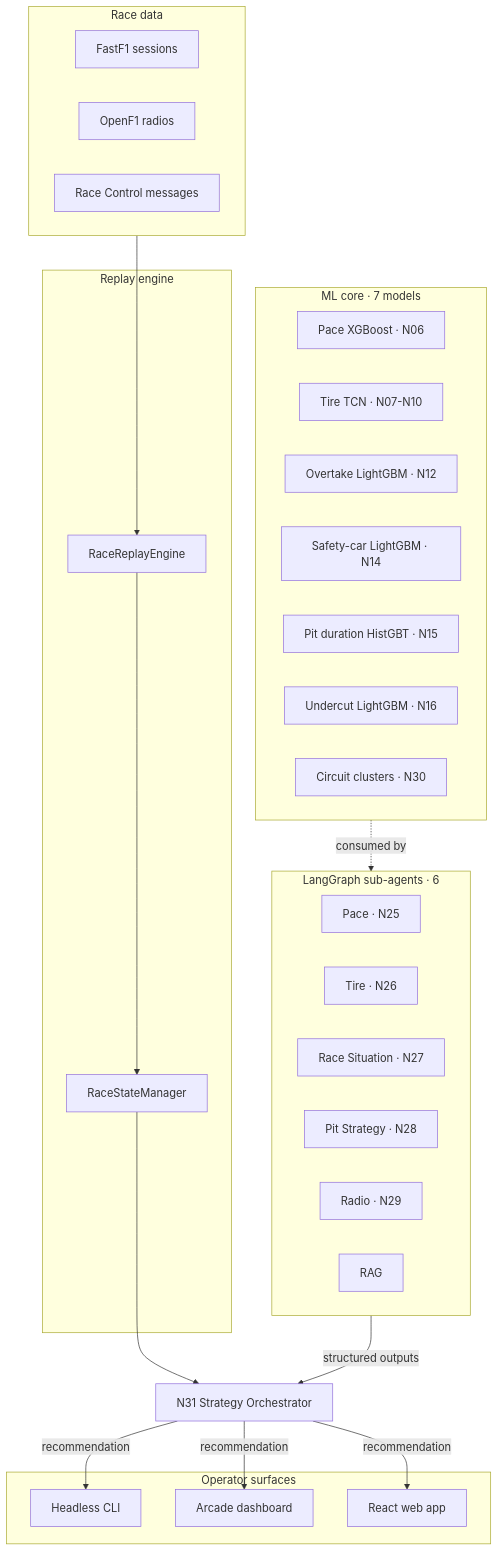
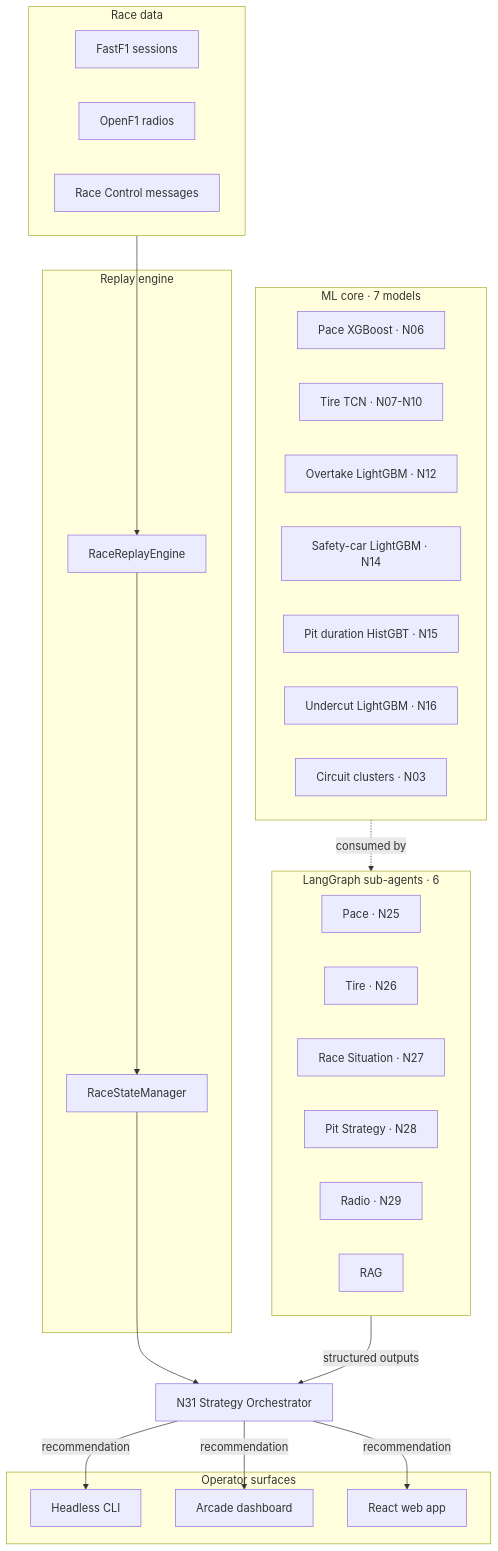
One commit to VforVitorio/F1_Strat_Manager changed the diagram in docs/pages/home.md. Above: the diagram before and after it, drawn with Mermaid. The commit also changed 1 other file, not shown here.

Commit message:
fix(docs): correct two published diagram errors
The home page attributed circuit clustering to N30. N30 is the RAG agent; the clustering is N03 (notebooks/data_engineering/N03_circuit_clustering.ipynb). Wrong on the landing page of the docs site.

The routing diagram omitted an edge its own prose already described: a Safety Car confirmed by race control forces both N28 and N30 regardless of every probability threshold the diagram shows. A reader working from the picture would conclude the pit agent stays idle under a Safety Car when the tyre warning has not fired.

````diff
--- a/docs/pages/home.md
+++ b/docs/pages/home.md
@@ -9,49 +9,49 @@
 ```mermaid
 graph TD
     subgraph Sources["Race data"]
         FF[FastF1 sessions]
         OF1[OpenF1 radios]
         RCM[Race Control messages]
     end
 
     subgraph Engine["Replay engine"]
         RRE[RaceReplayEngine]
         RSM[RaceStateManager]
     end
 
     subgraph Models["ML core · 7 models"]
         M1[Pace XGBoost · N06]
         M2[Tire TCN · N07-N10]
         M3[Overtake LightGBM · N12]
         M4[Safety-car LightGBM · N14]
         M5[Pit duration HistGBT · N15]
         M6[Undercut LightGBM · N16]
-        M7[Circuit clusters · N30]
+        M7[Circuit clusters · N03]
     end
 
     subgraph Agents["LangGraph sub-agents · 6"]
         A1[Pace · N25]
         A2[Tire · N26]
         A3[Race Situation · N27]
         A4[Pit Strategy · N28]
         A5[Radio · N29]
         A6[RAG]
     end
 
     ORCH[N31 Strategy Orchestrator]
 
     subgraph Surfaces["Operator surfaces"]
         CLI[Headless CLI]
         ARC[Arcade dashboard]
         STR[React web app]
     end
 
     Sources --> RRE
     RRE --> RSM
     RSM --> ORCH
     Models -.consumed by.-> Agents
     Agents -->|structured outputs| ORCH
     ORCH -->|recommendation| CLI
     ORCH -->|recommendation| ARC
     ORCH -->|recommendation| STR
 ```
````
